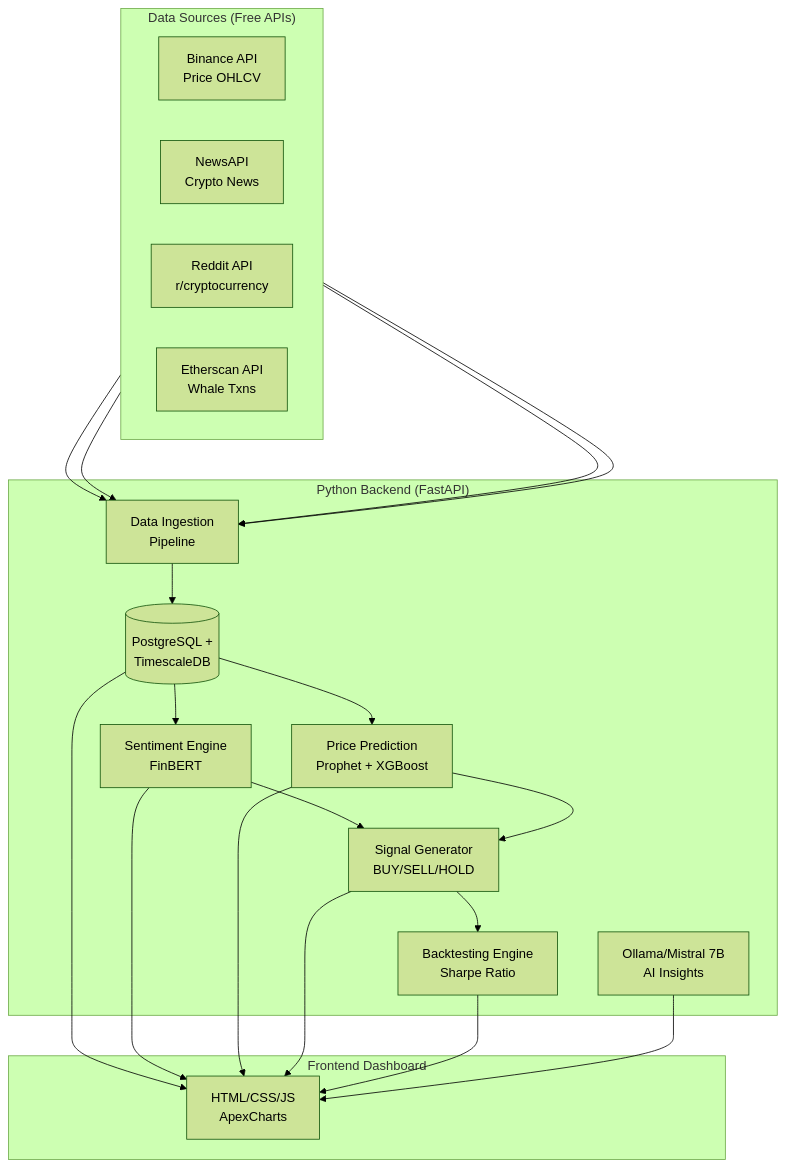
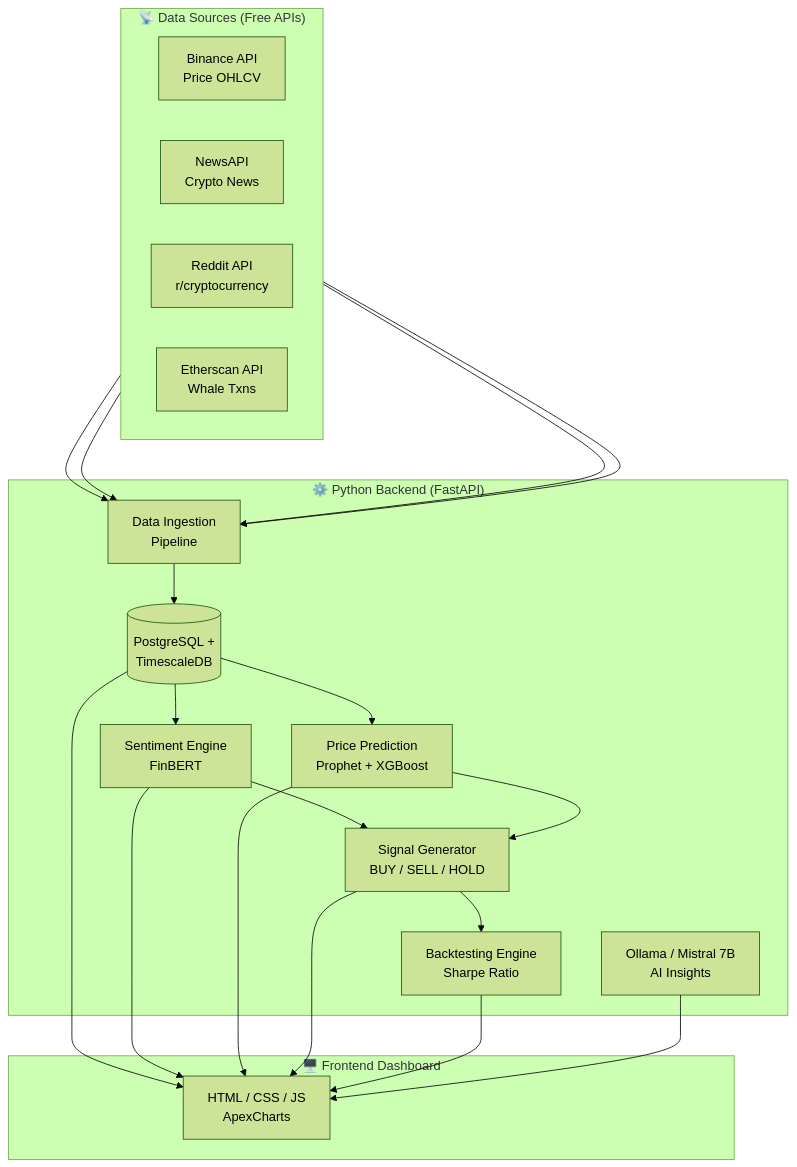
The diagram in README.md (MasterManoj9/Crypto_terminal), drawn with Mermaid (forest theme) before and after one commit. The commit also changed other lines of this file, not shown here.

````diff
--- a/README.md
+++ b/README.md
@@ -21,43 +42,43 @@
 ```mermaid
 flowchart TD
-    subgraph DataSources["Data Sources (Free APIs)"]
+    subgraph DataSources["📡 Data Sources (Free APIs)"]
         direction LR
-        A["Binance API\nPrice OHLCV"] 
-        B["NewsAPI\nCrypto News"]
-        C["Reddit API\nr/cryptocurrency"]
-        D["Etherscan API\nWhale Txns"]
+        A["Binance API<br/>Price OHLCV"]
+        B["NewsAPI<br/>Crypto News"]
+        C["Reddit API<br/>r/cryptocurrency"]
+        D["Etherscan API<br/>Whale Txns"]
     end
 
-    subgraph Backend["Python Backend (FastAPI)"]
-        E["Data Ingestion\nPipeline"]
-        F[("PostgreSQL +\nTimescaleDB")]
-        G["Sentiment Engine\nFinBERT"]
-        H["Price Prediction\nProphet + XGBoost"]
-        I["Signal Generator\nBUY/SELL/HOLD"]
-        J["Backtesting Engine\nSharpe Ratio"]
-        K["Ollama/Mistral 7B\nAI Insights"]
+    subgraph Backend["⚙️ Python Backend (FastAPI)"]
+        E["Data Ingestion<br/>Pipeline"]
+        F[("PostgreSQL +<br/>TimescaleDB")]
+        G["Sentiment Engine<br/>FinBERT"]
+        H["Price Prediction<br/>Prophet + XGBoost"]
+        I["Signal Generator<br/>BUY / SELL / HOLD"]
+        J["Backtesting Engine<br/>Sharpe Ratio"]
+        K["Ollama / Mistral 7B<br/>AI Insights"]
 
         E --> F
         F --> G
         F --> H
         G --> I
         H --> I
         I --> J
     end
 
-    subgraph Frontend["Frontend Dashboard"]
-        L["HTML/CSS/JS\nApexCharts"]
+    subgraph Frontend["🖥️ Frontend Dashboard"]
+        L["HTML / CSS / JS<br/>ApexCharts"]
     end
 
     A --> E
     B --> E
     C --> E
     D --> E
 
     F --> L
     G --> L
     H --> L
     I --> L
     J --> L
     K --> L
 ```
````
